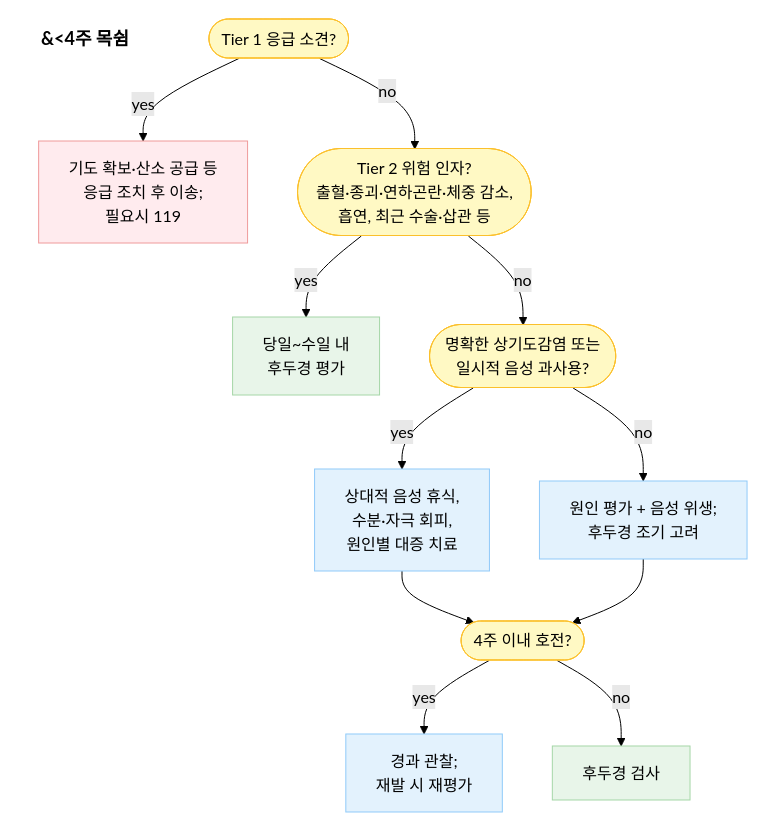
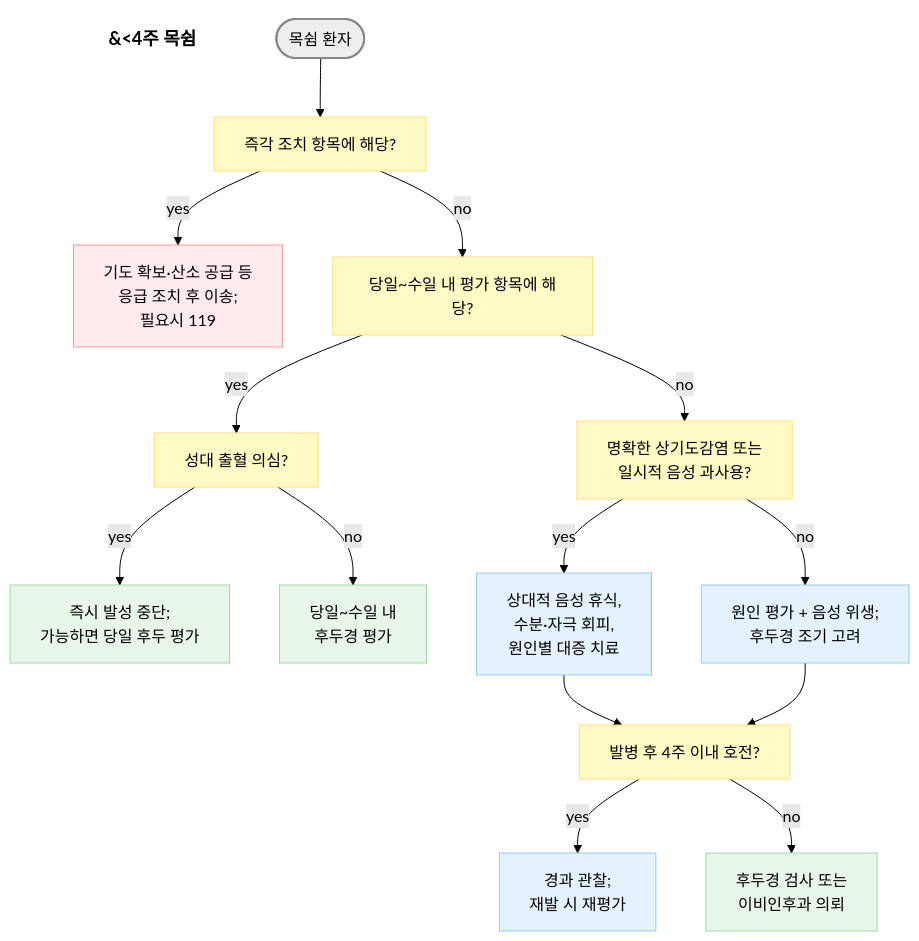
The first of 2 diagrams in 222_/058_-hoarseness.md (familyoh77/familyoh77), drawn with Mermaid (forest theme) before and after one commit. The commit also changed other lines of this file, not shown here.

````diff
--- a/222_/058_-hoarseness.md
+++ b/222_/058_-hoarseness.md
@@ -111,27 +117,32 @@
 ```mermaid
 graph TD
-    Title[<b>&#60;4주 목쉼</b>]
+    Title["<b>&#60;4주 목쉼</b>"]
     style Title fill:none,stroke:none,font-size:18px
 
-    Start([Tier 1 응급 소견?])
-    Start -- yes --> E[기도 확보·산소 공급 등<br/>응급 조치 후 이송;<br/>필요시 119]
-    Start -- no --> R([Tier 2 위험 인자?<br/>출혈·종괴·연하곤란·체중 감소,<br/>흡연, 최근 수술·삽관 등])
-    R -- yes --> L[당일~수일 내<br/>후두경 평가]
-    R -- no --> A([명확한 상기도감염 또는<br/>일시적 음성 과사용?])
-    A -- yes --> S[상대적 음성 휴식,<br/>수분·자극 회피,<br/>원인별 대증 치료]
-    A -- no --> O[원인 평가 + 음성 위생;<br/>후두경 조기 고려]
-    S --> F([4주 이내 호전?])
-    O --> F
-    F -- yes --> C[경과 관찰;<br/>재발 시 재평가]
-    F -- no --> L2[후두경 검사]
+    Start(["목쉼 환자"])
+    Start --> Q1["즉각 조치 항목에 해당?"]
+    Q1 -- yes --> E["기도 확보·산소 공급 등<br/>응급 조치 후 이송;<br/>필요시 119"]
+    Q1 -- no --> Q2["당일~수일 내 평가 항목에 해당?"]
+    Q2 -- yes --> QH["성대 출혈 의심?"]
+    QH -- yes --> H["즉시 발성 중단;<br/>가능하면 당일 후두 평가"]
+    QH -- no --> L["당일~수일 내<br/>후두경 평가"]
+    Q2 -- no --> Q3["명확한 상기도감염 또는<br/>일시적 음성 과사용?"]
+    Q3 -- yes --> S["상대적 음성 휴식,<br/>수분·자극 회피,<br/>원인별 대증 치료"]
+    Q3 -- no --> O["원인 평가 + 음성 위생;<br/>후두경 조기 고려"]
+    S --> Q4["발병 후 4주 이내 호전?"]
+    O --> Q4
+    Q4 -- yes --> C["경과 관찰;<br/>재발 시 재평가"]
+    Q4 -- no --> L2["후두경 검사 또는<br/>이비인후과 의뢰"]
 
-    classDef yellow fill:#FFF9C4,stroke:#FBC02D;
+    classDef start fill:#eeeeee,stroke:#888888,stroke-width:2px;
+    classDef question fill:#fff9c4,stroke:#ffe082;
     classDef blue fill:#E3F2FD,stroke:#90CAF9;
     classDef green fill:#E8F5E9,stroke:#A5D6A7;
     classDef red fill:#FFEBEE,stroke:#EF9A9A;
 
-    class Start,R,A,F yellow;
+    class Start start;
+    class Q1,Q2,QH,Q3,Q4 question;
     class S,O,C blue;
-    class L,L2 green;
+    class H,L,L2 green;
     class E red;
 ```
````
